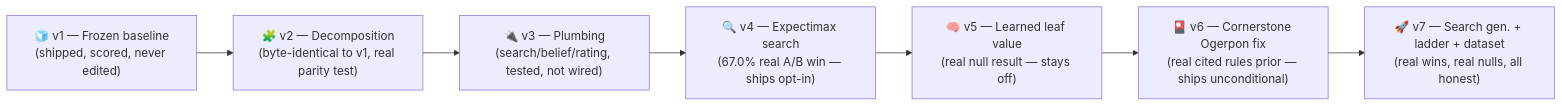
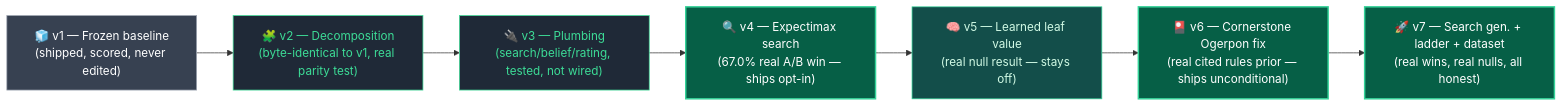
One commit to Dineshkumar0705/The-Pok-mon-Company---PTCG-AI-Battle-Challenge-Strategy-AI-agent changed the diagram in README.md. Above: the diagram before and after it, drawn with Mermaid. The commit also changed other lines of this file, not shown here.

````diff
--- a/README.md
+++ b/README.md
@@ -121,12 +97,17 @@
 ```mermaid
 flowchart LR
-    v1["🧊 v1 — Frozen baseline\n(shipped, scored, never edited)"]
-    v2["🧩 v2 — Decomposition\n(byte-identical to v1, real parity test)"]
-    v3["🔌 v3 — Plumbing\n(search/belief/rating, tested, not wired)"]
-    v4["🔍 v4 — Expectimax search\n(67.0% real A/B win — ships opt-in)"]
-    v5["🧠 v5 — Learned leaf value\n(real null result — stays off)"]
-    v6["🎴 v6 — Cornerstone Ogerpon fix\n(real cited rules prior — ships unconditional)"]
-    v7["🚀 v7 — Search gen. + ladder + dataset\n(real wins, real nulls, all honest)"]
+    classDef frozen fill:#374151,stroke:#9CA3AF,color:#fff
+    classDef safe fill:#1F2937,stroke:#3DDC97,color:#3DDC97
+    classDef ship fill:#134E4A,stroke:#34D399,color:#D1FAE5
+    classDef win fill:#065F46,stroke:#34D399,color:#ffffff,stroke-width:2px
+
+    v1["🧊 v1 — Frozen baseline\n(shipped, scored, never edited)"]:::frozen
+    v2["🧩 v2 — Decomposition\n(byte-identical to v1, real parity test)"]:::safe
+    v3["🔌 v3 — Plumbing\n(search/belief/rating, tested, not wired)"]:::safe
+    v4["🔍 v4 — Expectimax search\n(67.0% real A/B win — ships opt-in)"]:::win
+    v5["🧠 v5 — Learned leaf value\n(real null result — stays off)"]:::ship
+    v6["🎴 v6 — Cornerstone Ogerpon fix\n(real cited rules prior — ships unconditional)"]:::win
+    v7["🚀 v7 — Search gen. + ladder + dataset\n(real wins, real nulls, all honest)"]:::win
 
     v1 --> v2 --> v3 --> v4 --> v5 --> v6 --> v7
 ```
````
